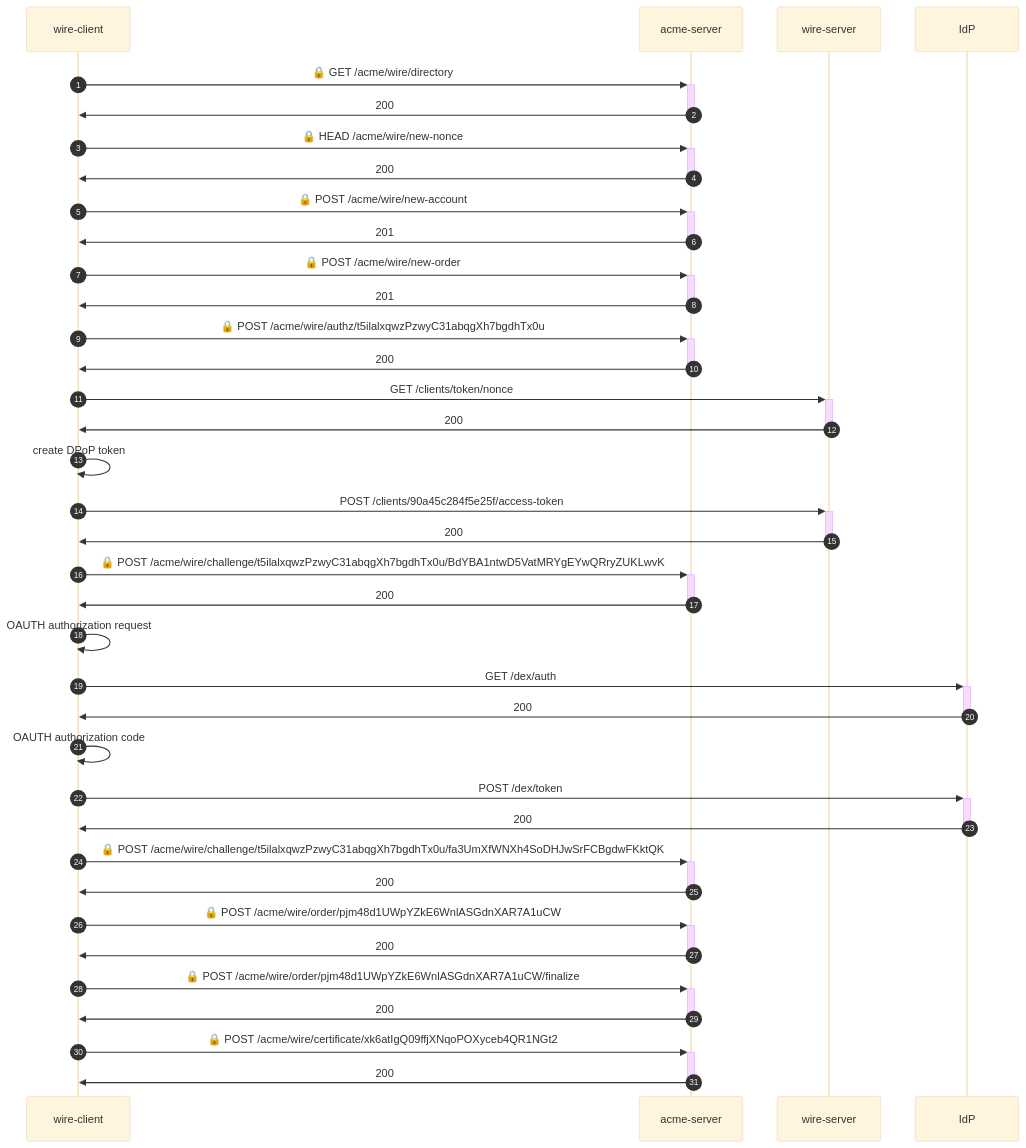
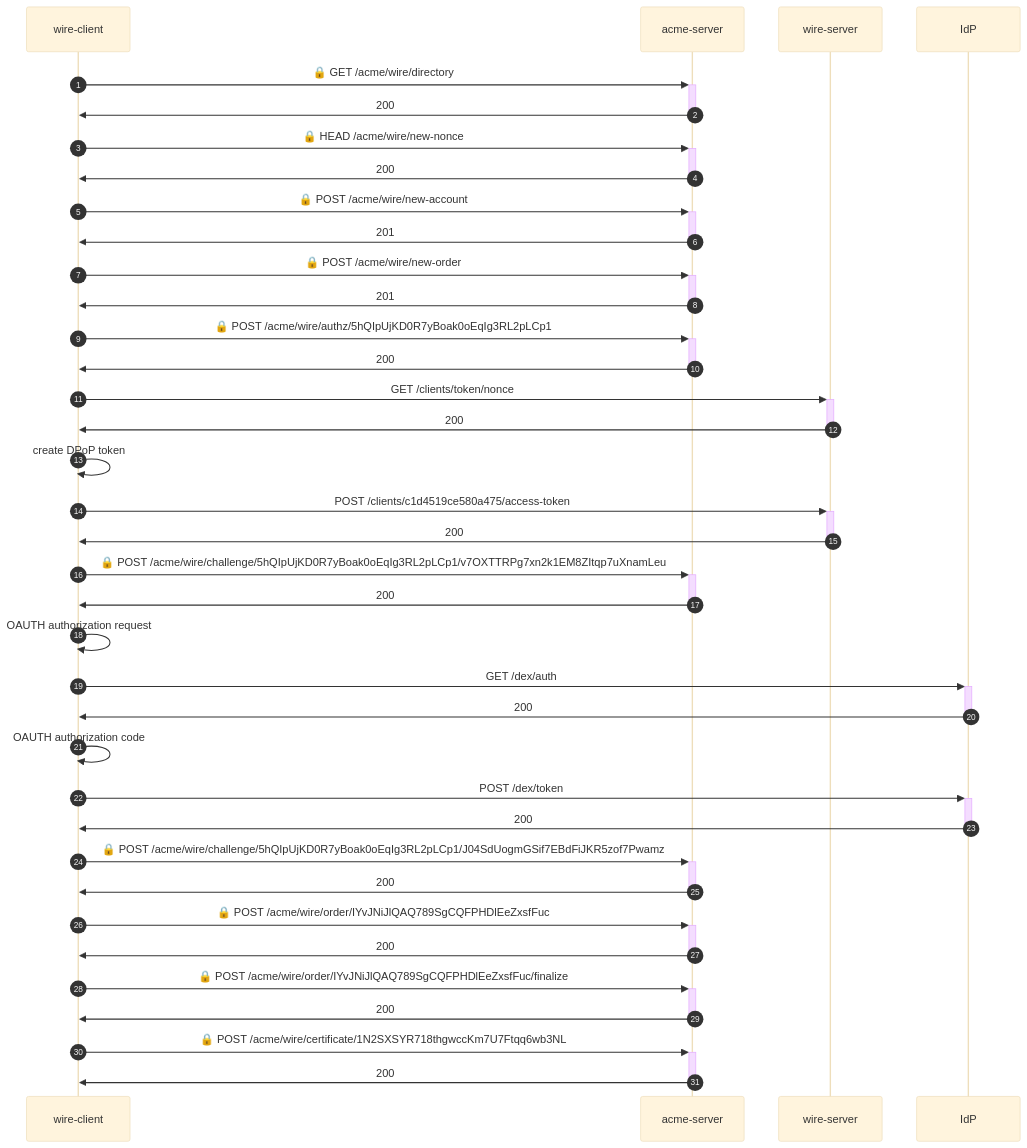
Before and after one commit to wireapp/rusty-jwt-tools: the diagram in e2e-identity/README.md, drawn with Mermaid (base theme). The commit also changed other lines of this file and 6 other files, not shown here.

````diff
--- a/e2e-identity/README.md
+++ b/e2e-identity/README.md
@@ -3,35 +3,35 @@
 ```mermaid
 sequenceDiagram
     autonumber
     wire-client->>+acme-server: 🔒 GET /acme/wire/directory
     acme-server->>-wire-client: 200
     wire-client->>+acme-server: 🔒 HEAD /acme/wire/new-nonce
     acme-server->>-wire-client: 200
     wire-client->>+acme-server: 🔒 POST /acme/wire/new-account
     acme-server->>-wire-client: 201
     wire-client->>+acme-server: 🔒 POST /acme/wire/new-order
     acme-server->>-wire-client: 201
-    wire-client->>+acme-server: 🔒 POST /acme/wire/authz/t5ilalxqwzPzwyC31abqgXh7bgdhTx0u
+    wire-client->>+acme-server: 🔒 POST /acme/wire/authz/5hQIpUjKD0R7yBoak0oEqIg3RL2pLCp1
     acme-server->>-wire-client: 200
     wire-client->>+wire-server:  GET /clients/token/nonce
     wire-server->>-wire-client: 200
     wire-client->>wire-client: create DPoP token
-    wire-client->>+wire-server:  POST /clients/90a45c284f5e25f/access-token
+    wire-client->>+wire-server:  POST /clients/c1d4519ce580a475/access-token
     wire-server->>-wire-client: 200
-    wire-client->>+acme-server: 🔒 POST /acme/wire/challenge/t5ilalxqwzPzwyC31abqgXh7bgdhTx0u/BdYBA1ntwD5VatMRYgEYwQRryZUKLwvK
+    wire-client->>+acme-server: 🔒 POST /acme/wire/challenge/5hQIpUjKD0R7yBoak0oEqIg3RL2pLCp1/v7OXTTRPg7xn2k1EM8ZItqp7uXnamLeu
     acme-server->>-wire-client: 200
     wire-client->>wire-client: OAUTH authorization request
     wire-client->>+IdP:  GET /dex/auth
     IdP->>-wire-client: 200
     wire-client->>wire-client: OAUTH authorization code
     wire-client->>+IdP:  POST /dex/token
     IdP->>-wire-client: 200
-    wire-client->>+acme-server: 🔒 POST /acme/wire/challenge/t5ilalxqwzPzwyC31abqgXh7bgdhTx0u/fa3UmXfWNXh4SoDHJwSrFCBgdwFKktQK
+    wire-client->>+acme-server: 🔒 POST /acme/wire/challenge/5hQIpUjKD0R7yBoak0oEqIg3RL2pLCp1/J04SdUogmGSif7EBdFiJKR5zof7Pwamz
     acme-server->>-wire-client: 200
-    wire-client->>+acme-server: 🔒 POST /acme/wire/order/pjm48d1UWpYZkE6WnlASGdnXAR7A1uCW
+    wire-client->>+acme-server: 🔒 POST /acme/wire/order/IYvJNiJlQAQ789SgCQFPHDlEeZxsfFuc
     acme-server->>-wire-client: 200
-    wire-client->>+acme-server: 🔒 POST /acme/wire/order/pjm48d1UWpYZkE6WnlASGdnXAR7A1uCW/finalize
+    wire-client->>+acme-server: 🔒 POST /acme/wire/order/IYvJNiJlQAQ789SgCQFPHDlEeZxsfFuc/finalize
     acme-server->>-wire-client: 200
-    wire-client->>+acme-server: 🔒 POST /acme/wire/certificate/xk6atIgQ09ffjXNqoPOXyceb4QR1NGt2
+    wire-client->>+acme-server: 🔒 POST /acme/wire/certificate/1N2SXSYR718thgwccKm7U7Ftqq6wb3NL
     acme-server->>-wire-client: 200
 ```
````
